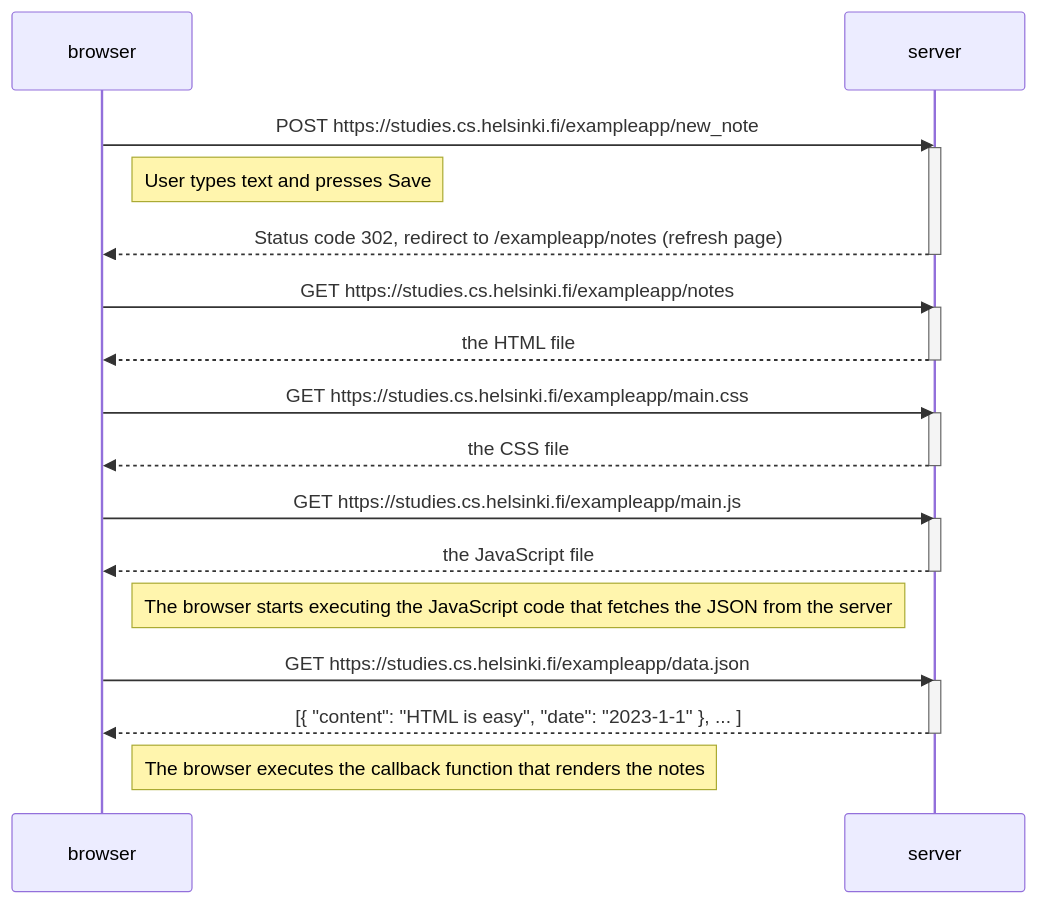
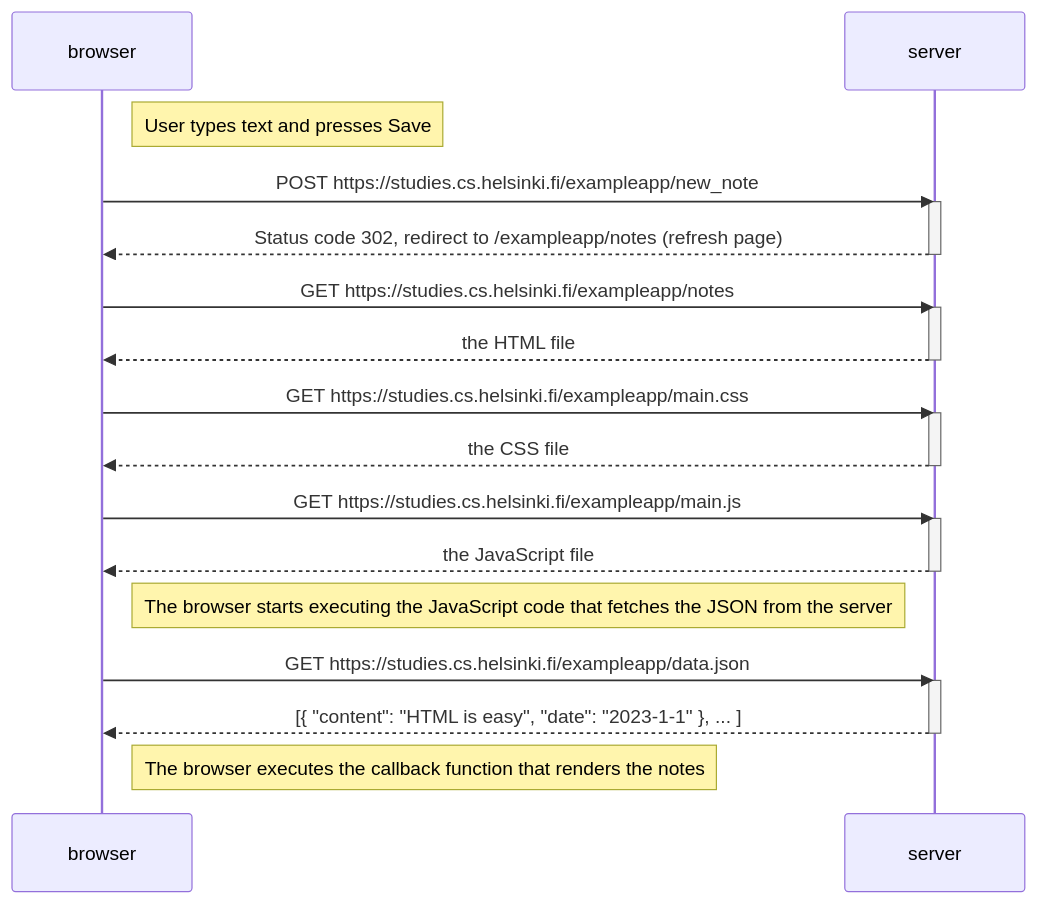
Before and after one commit to jjunnila/FullStackOpen: the diagram in osa0/newnote.md, drawn with Mermaid. The commit also changed 1 other file, not shown here.

Commit message:
Osa 0.6 SPA-sivun uusi muistiinpano

````diff
--- a/osa0/newnote.md
+++ b/osa0/newnote.md
@@ -1,37 +1,37 @@
 ```mermaid
     sequenceDiagram
         participant browser
         participant server
-        
+
+        Note right of browser: User types text and presses Save
+
         browser->>server: POST https://studies.cs.helsinki.fi/exampleapp/new_note
         activate server
-        
-        Note right of browser: User types text and presses Save
 
         server-->>browser: Status code 302, redirect to /exampleapp/notes (refresh page)
         deactivate server
         
         browser->>server: GET https://studies.cs.helsinki.fi/exampleapp/notes
         activate server
         server-->>browser: the HTML file
         deactivate server
         
         browser->>server: GET https://studies.cs.helsinki.fi/exampleapp/main.css
         activate server
         server-->>browser: the CSS file
         deactivate server
         
         browser->>server: GET https://studies.cs.helsinki.fi/exampleapp/main.js
         activate server
         server-->>browser: the JavaScript file
         deactivate server
         
         Note right of browser: The browser starts executing the JavaScript code that fetches the JSON from the server
         
         browser->>server: GET https://studies.cs.helsinki.fi/exampleapp/data.json
         activate server
         server-->>browser: [{ "content": "HTML is easy", "date": "2023-1-1" }, ... ]
         deactivate server    
 
         Note right of browser: The browser executes the callback function that renders the notes 
 ```
````
